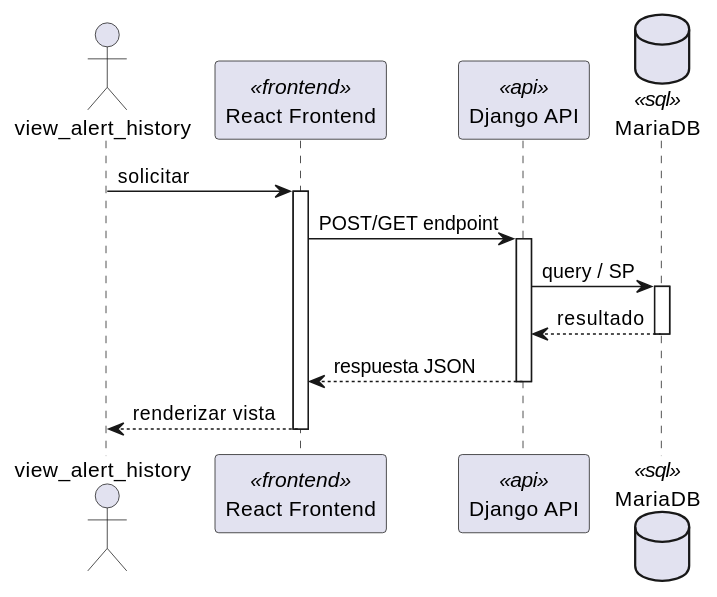
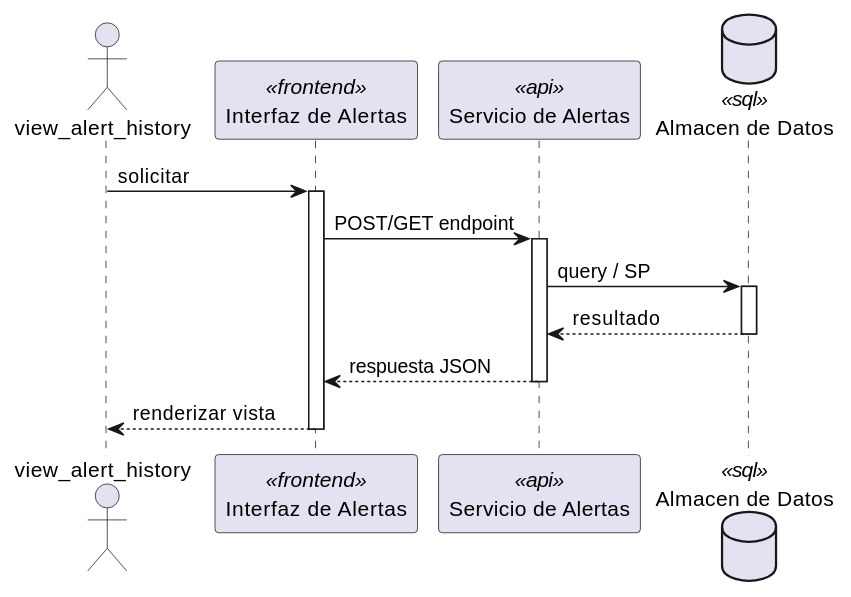
Before and after one commit to jcg-admin/IACT-docs: the first of 2 diagrams in source/arquitectura-tecnica/DesignView/alr-04.rst, drawn with PlantUML. The commit also changed other lines of this file and 243 other files, not shown here.

First line of the commit message:
Add missing diagrams and fix participant names across Kruchten views

```diff
--- a/source/arquitectura-tecnica/DesignView/alr-04.rst
+++ b/source/arquitectura-tecnica/DesignView/alr-04.rst
@@ -22,28 +22,28 @@
 .. uml::
  :caption: UC_ALR_04 — Design View (secuencia)
 
  @startuml
 
  actor "view_alert_history" as view_alert_history
- participant "React Frontend" as Frontend <<frontend>>
- participant "Django API" as APIServer <<api>>
- database "MariaDB" as BaseDatos <<sql>>
+ participant "Interfaz de Alertas" as Iface <<frontend>>
+ participant "Servicio de Alertas" as SvcNode <<api>>
+ database "Almacen de Datos" as Store <<sql>>
 
- view_alert_history -> Frontend : solicitar
- activate Frontend
+ view_alert_history -> Iface : solicitar
+ activate Iface
 
- Frontend -> APIServer : POST/GET endpoint
- activate APIServer
+ Iface -> SvcNode : POST/GET endpoint
+ activate SvcNode
 
- APIServer -> BaseDatos : query / SP
- activate BaseDatos
- BaseDatos --> APIServer : resultado
- deactivate BaseDatos
+ SvcNode -> Store : query / SP
+ activate Store
+ Store --> SvcNode : resultado
+ deactivate Store
 
- APIServer --> Frontend : respuesta JSON
- deactivate APIServer
+ SvcNode --> Iface : respuesta JSON
+ deactivate SvcNode
 
- Frontend --> view_alert_history : renderizar vista
- deactivate Frontend
+ Iface --> view_alert_history : renderizar vista
+ deactivate Iface
 
  @enduml
```
